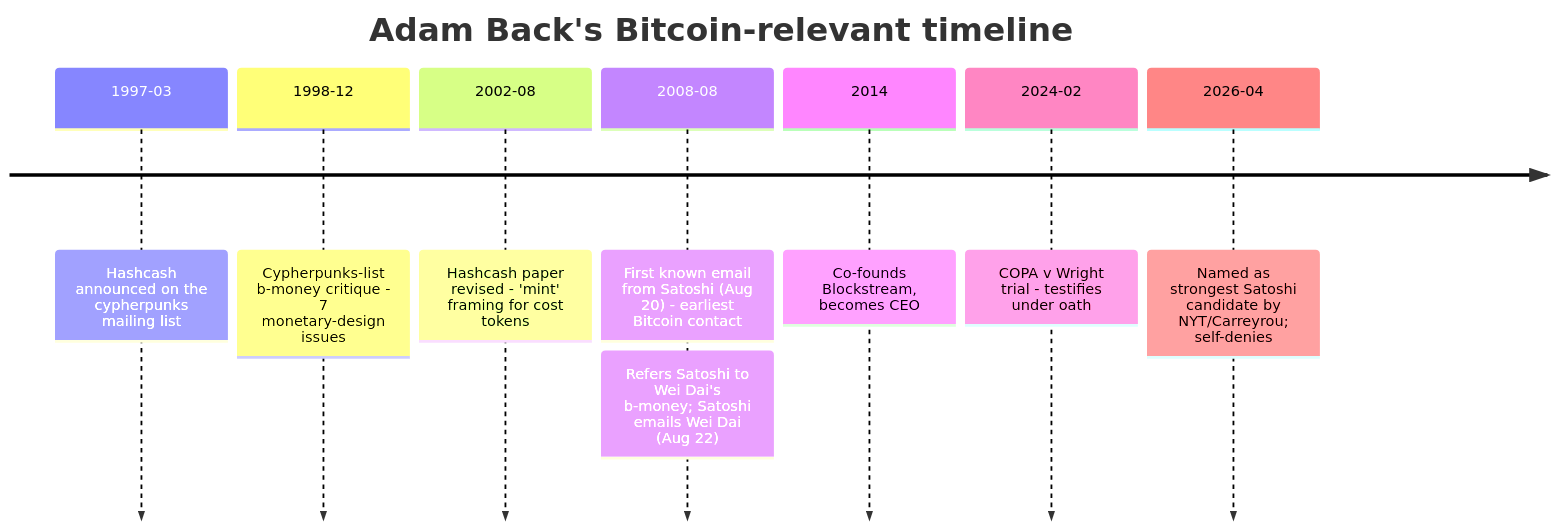
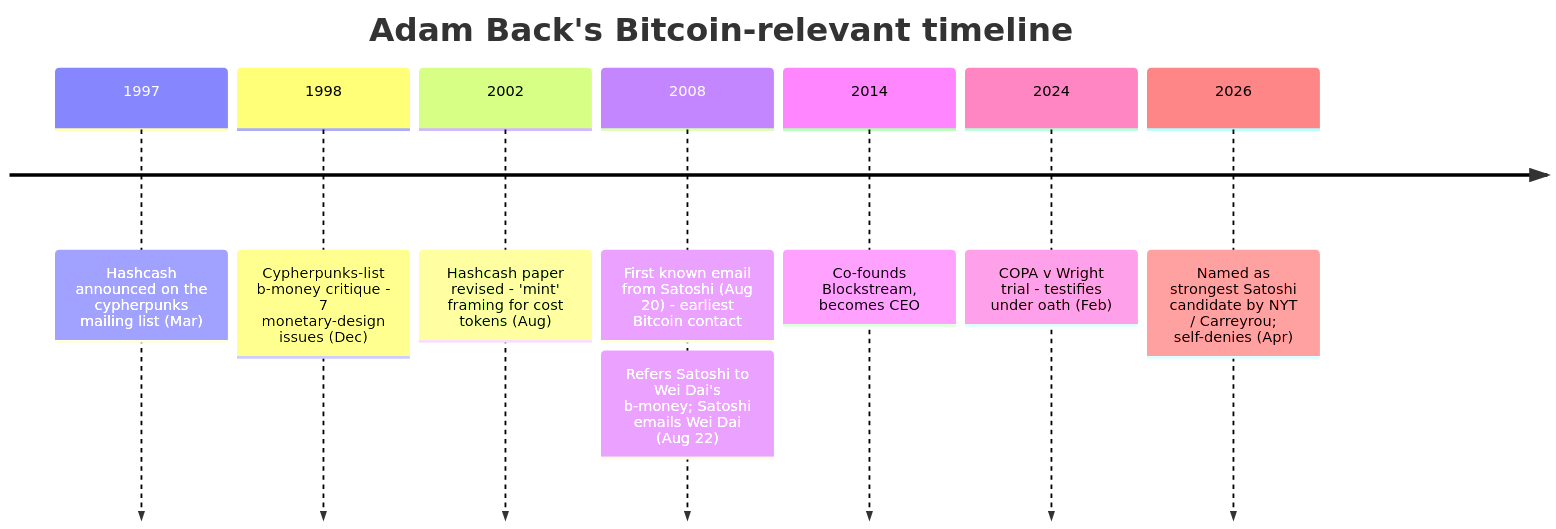
The diagram in src/data/entries/en/aftermath/2008-08-20-adam-back-biography.md (cypher256/BitcoinArchive), drawn with Mermaid before and after one commit. The commit also changed 29 other files, not shown here.

````diff
--- a/src/data/entries/en/aftermath/2008-08-20-adam-back-biography.md
+++ b/src/data/entries/en/aftermath/2008-08-20-adam-back-biography.md
@@ -50,12 +50,12 @@
 ```mermaid
 timeline
     title Adam Back's Bitcoin-relevant timeline
-    1997-03 : Hashcash announced on the cypherpunks mailing list
-    1998-12 : Cypherpunks-list b-money critique - 7 monetary-design issues
-    2002-08 : Hashcash paper revised - 'mint' framing for cost tokens
-    2008-08 : First known email from Satoshi (Aug 20) - earliest Bitcoin contact
-            : Refers Satoshi to Wei Dai's b-money; Satoshi emails Wei Dai (Aug 22)
+    1997 : Hashcash announced on the cypherpunks mailing list (Mar)
+    1998 : Cypherpunks-list b-money critique - 7 monetary-design issues (Dec)
+    2002 : Hashcash paper revised - 'mint' framing for cost tokens (Aug)
+    2008 : First known email from Satoshi (Aug 20) - earliest Bitcoin contact
+         : Refers Satoshi to Wei Dai's b-money; Satoshi emails Wei Dai (Aug 22)
     2014 : Co-founds Blockstream, becomes CEO
-    2024-02 : COPA v Wright trial - testifies under oath
-    2026-04 : Named as strongest Satoshi candidate by NYT/Carreyrou; self-denies
+    2024 : COPA v Wright trial - testifies under oath (Feb)
+    2026 : Named as strongest Satoshi candidate by NYT / Carreyrou; self-denies (Apr)
 ```
````
